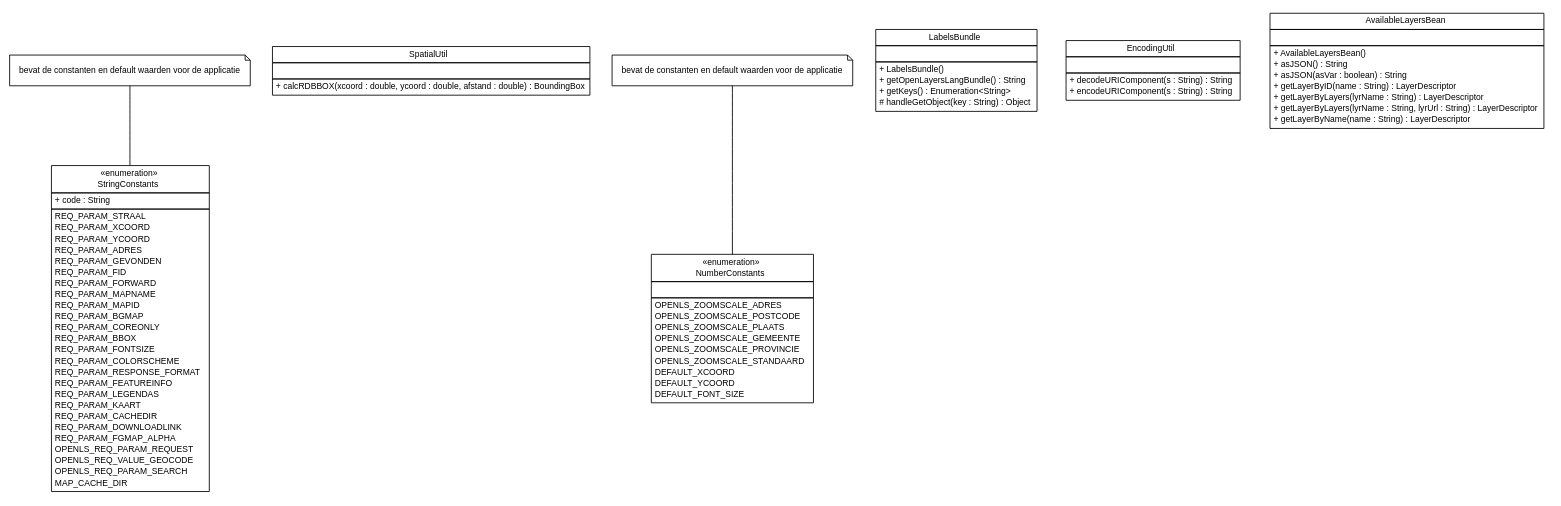
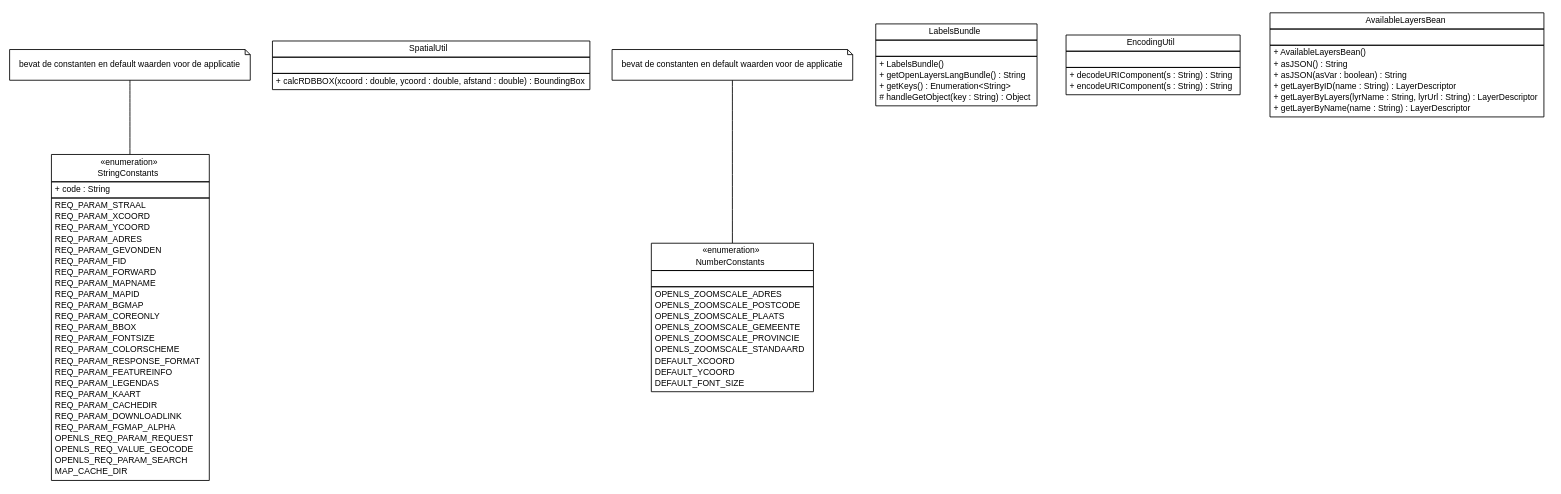
One commit to MinELenI/CBSviewer changed the diagram in apidocs/nl/mineleni/cbsviewer/util/nl.mineleni.cbsviewer.util.dot. Above: the diagram before and after it, drawn with Graphviz. The commit also changed 372 other files, not shown here.

```diff
--- a/apidocs/nl/mineleni/cbsviewer/util/nl.mineleni.cbsviewer.util.dot
+++ b/apidocs/nl/mineleni/cbsviewer/util/nl.mineleni.cbsviewer.util.dot
@@ -1,142 +1,141 @@
 #!/usr/local/bin/dot
 #
 # Class diagram 
 # Generated by UMLGraph version R5_6 (http://www.umlgraph.org/)
 #
 
 digraph G {
 	edge [fontname="arial",fontsize=10,labelfontname="arial",labelfontsize=10];
 	node [fontname="arial",fontsize=10,shape=plaintext];
 	nodesep=0.25;
 	ranksep=0.5;
 	// nl.mineleni.cbsviewer.util.StringConstants
 	c255 [label=<<table title="nl.mineleni.cbsviewer.util.StringConstants" border="0" cellborder="1" cellspacing="0" cellpadding="2" port="p" href="./StringConstants.html">
 		<tr><td><table border="0" cellspacing="0" cellpadding="1">
 <tr><td align="center" balign="center"> &#171;enumeration&#187; </td></tr>
 <tr><td align="center" balign="center"> StringConstants </td></tr>
 		</table></td></tr>
 		<tr><td><table border="0" cellspacing="0" cellpadding="1">
 <tr><td align="left" balign="left"> + code : String </td></tr>
 		</table></td></tr>
 		<tr><td><table border="0" cellspacing="0" cellpadding="1">
 <tr><td align="left" balign="left"> REQ_PARAM_STRAAL </td></tr>
 <tr><td align="left" balign="left"> REQ_PARAM_XCOORD </td></tr>
 <tr><td align="left" balign="left"> REQ_PARAM_YCOORD </td></tr>
 <tr><td align="left" balign="left"> REQ_PARAM_ADRES </td></tr>
 <tr><td align="left" balign="left"> REQ_PARAM_GEVONDEN </td></tr>
 <tr><td align="left" balign="left"> REQ_PARAM_FID </td></tr>
 <tr><td align="left" balign="left"> REQ_PARAM_FORWARD </td></tr>
 <tr><td align="left" balign="left"> REQ_PARAM_MAPNAME </td></tr>
 <tr><td align="left" balign="left"> REQ_PARAM_MAPID </td></tr>
 <tr><td align="left" balign="left"> REQ_PARAM_BGMAP </td></tr>
 <tr><td align="left" balign="left"> REQ_PARAM_COREONLY </td></tr>
 <tr><td align="left" balign="left"> REQ_PARAM_BBOX </td></tr>
 <tr><td align="left" balign="left"> REQ_PARAM_FONTSIZE </td></tr>
 <tr><td align="left" balign="left"> REQ_PARAM_COLORSCHEME </td></tr>
 <tr><td align="left" balign="left"> REQ_PARAM_RESPONSE_FORMAT </td></tr>
 <tr><td align="left" balign="left"> REQ_PARAM_FEATUREINFO </td></tr>
 <tr><td align="left" balign="left"> REQ_PARAM_LEGENDAS </td></tr>
 <tr><td align="left" balign="left"> REQ_PARAM_KAART </td></tr>
 <tr><td align="left" balign="left"> REQ_PARAM_CACHEDIR </td></tr>
 <tr><td align="left" balign="left"> REQ_PARAM_DOWNLOADLINK </td></tr>
 <tr><td align="left" balign="left"> REQ_PARAM_FGMAP_ALPHA </td></tr>
 <tr><td align="left" balign="left"> OPENLS_REQ_PARAM_REQUEST </td></tr>
 <tr><td align="left" balign="left"> OPENLS_REQ_VALUE_GEOCODE </td></tr>
 <tr><td align="left" balign="left"> OPENLS_REQ_PARAM_SEARCH </td></tr>
 <tr><td align="left" balign="left"> MAP_CACHE_DIR </td></tr>
 		</table></td></tr>
 		</table>>, URL="./StringConstants.html", fontname="arial", fontcolor="black", fontsize=10.0];
 	// Note annotation
 	n0cc255 [label=<<table title="nl.mineleni.cbsviewer.util.StringConstants" border="0" cellborder="0" cellspacing="0" cellpadding="2" port="p" href="./StringConstants.html">
 		<tr><td><table border="0" cellspacing="0" cellpadding="1">
 <tr><td align="left" balign="left"> bevat de constanten en default waarden voor de applicatie </td></tr>
 		</table></td></tr>
 		</table>>, fontname="arial", fontcolor="black", fontsize=10.0, shape=note];
 	n0cc255 -> c255:p[arrowhead=none];
 	// nl.mineleni.cbsviewer.util.SpatialUtil
 	c256 [label=<<table title="nl.mineleni.cbsviewer.util.SpatialUtil" border="0" cellborder="1" cellspacing="0" cellpadding="2" port="p" href="./SpatialUtil.html">
 		<tr><td><table border="0" cellspacing="0" cellpadding="1">
 <tr><td align="center" balign="center"> SpatialUtil </td></tr>
 		</table></td></tr>
 		<tr><td><table border="0" cellspacing="0" cellpadding="1">
 <tr><td align="left" balign="left">  </td></tr>
 		</table></td></tr>
 		<tr><td><table border="0" cellspacing="0" cellpadding="1">
 <tr><td align="left" balign="left"> + calcRDBBOX(xcoord : double, ycoord : double, afstand : double) : BoundingBox </td></tr>
 		</table></td></tr>
 		</table>>, URL="./SpatialUtil.html", fontname="arial", fontcolor="black", fontsize=10.0];
 	// nl.mineleni.cbsviewer.util.NumberConstants
 	c257 [label=<<table title="nl.mineleni.cbsviewer.util.NumberConstants" border="0" cellborder="1" cellspacing="0" cellpadding="2" port="p" href="./NumberConstants.html">
 		<tr><td><table border="0" cellspacing="0" cellpadding="1">
 <tr><td align="center" balign="center"> &#171;enumeration&#187; </td></tr>
 <tr><td align="center" balign="center"> NumberConstants </td></tr>
 		</table></td></tr>
 		<tr><td><table border="0" cellspacing="0" cellpadding="1">
 <tr><td align="left" balign="left">  </td></tr>
 		</table></td></tr>
 		<tr><td><table border="0" cellspacing="0" cellpadding="1">
 <tr><td align="left" balign="left"> OPENLS_ZOOMSCALE_ADRES </td></tr>
 <tr><td align="left" balign="left"> OPENLS_ZOOMSCALE_POSTCODE </td></tr>
 <tr><td align="left" balign="left"> OPENLS_ZOOMSCALE_PLAATS </td></tr>
 <tr><td align="left" balign="left"> OPENLS_ZOOMSCALE_GEMEENTE </td></tr>
 <tr><td align="left" balign="left"> OPENLS_ZOOMSCALE_PROVINCIE </td></tr>
 <tr><td align="left" balign="left"> OPENLS_ZOOMSCALE_STANDAARD </td></tr>
 <tr><td align="left" balign="left"> DEFAULT_XCOORD </td></tr>
 <tr><td align="left" balign="left"> DEFAULT_YCOORD </td></tr>
 <tr><td align="left" balign="left"> DEFAULT_FONT_SIZE </td></tr>
 		</table></td></tr>
 		</table>>, URL="./NumberConstants.html", fontname="arial", fontcolor="black", fontsize=10.0];
 	// Note annotation
 	n0cc257 [label=<<table title="nl.mineleni.cbsviewer.util.NumberConstants" border="0" cellborder="0" cellspacing="0" cellpadding="2" port="p" href="./NumberConstants.html">
 		<tr><td><table border="0" cellspacing="0" cellpadding="1">
 <tr><td align="left" balign="left"> bevat de constanten en default waarden voor de applicatie </td></tr>
 		</table></td></tr>
 		</table>>, fontname="arial", fontcolor="black", fontsize=10.0, shape=note];
 	n0cc257 -> c257:p[arrowhead=none];
 	// nl.mineleni.cbsviewer.util.LabelsBundle
 	c258 [label=<<table title="nl.mineleni.cbsviewer.util.LabelsBundle" border="0" cellborder="1" cellspacing="0" cellpadding="2" port="p" href="./LabelsBundle.html">
 		<tr><td><table border="0" cellspacing="0" cellpadding="1">
 <tr><td align="center" balign="center"> LabelsBundle </td></tr>
 		</table></td></tr>
 		<tr><td><table border="0" cellspacing="0" cellpadding="1">
 <tr><td align="left" balign="left">  </td></tr>
 		</table></td></tr>
 		<tr><td><table border="0" cellspacing="0" cellpadding="1">
 <tr><td align="left" balign="left"> + LabelsBundle() </td></tr>
 <tr><td align="left" balign="left"> + getOpenLayersLangBundle() : String </td></tr>
 <tr><td align="left" balign="left"> + getKeys() : Enumeration&lt;String&gt; </td></tr>
 <tr><td align="left" balign="left"> # handleGetObject(key : String) : Object </td></tr>
 		</table></td></tr>
 		</table>>, URL="./LabelsBundle.html", fontname="arial", fontcolor="black", fontsize=10.0];
 	// nl.mineleni.cbsviewer.util.EncodingUtil
 	c259 [label=<<table title="nl.mineleni.cbsviewer.util.EncodingUtil" border="0" cellborder="1" cellspacing="0" cellpadding="2" port="p" href="./EncodingUtil.html">
 		<tr><td><table border="0" cellspacing="0" cellpadding="1">
 <tr><td align="center" balign="center"> EncodingUtil </td></tr>
 		</table></td></tr>
 		<tr><td><table border="0" cellspacing="0" cellpadding="1">
 <tr><td align="left" balign="left">  </td></tr>
 		</table></td></tr>
 		<tr><td><table border="0" cellspacing="0" cellpadding="1">
 <tr><td align="left" balign="left"> + decodeURIComponent(s : String) : String </td></tr>
 <tr><td align="left" balign="left"> + encodeURIComponent(s : String) : String </td></tr>
 		</table></td></tr>
 		</table>>, URL="./EncodingUtil.html", fontname="arial", fontcolor="black", fontsize=10.0];
 	// nl.mineleni.cbsviewer.util.AvailableLayersBean
 	c260 [label=<<table title="nl.mineleni.cbsviewer.util.AvailableLayersBean" border="0" cellborder="1" cellspacing="0" cellpadding="2" port="p" href="./AvailableLayersBean.html">
 		<tr><td><table border="0" cellspacing="0" cellpadding="1">
 <tr><td align="center" balign="center"> AvailableLayersBean </td></tr>
 		</table></td></tr>
 		<tr><td><table border="0" cellspacing="0" cellpadding="1">
 <tr><td align="left" balign="left">  </td></tr>
 		</table></td></tr>
 		<tr><td><table border="0" cellspacing="0" cellpadding="1">
 <tr><td align="left" balign="left"> + AvailableLayersBean() </td></tr>
 <tr><td align="left" balign="left"> + asJSON() : String </td></tr>
 <tr><td align="left" balign="left"> + asJSON(asVar : boolean) : String </td></tr>
 <tr><td align="left" balign="left"> + getLayerByID(name : String) : LayerDescriptor </td></tr>
-<tr><td align="left" balign="left"> + getLayerByLayers(lyrName : String) : LayerDescriptor </td></tr>
 <tr><td align="left" balign="left"> + getLayerByLayers(lyrName : String, lyrUrl : String) : LayerDescriptor </td></tr>
 <tr><td align="left" balign="left"> + getLayerByName(name : String) : LayerDescriptor </td></tr>
 		</table></td></tr>
 		</table>>, URL="./AvailableLayersBean.html", fontname="arial", fontcolor="black", fontsize=10.0];
 }
```
